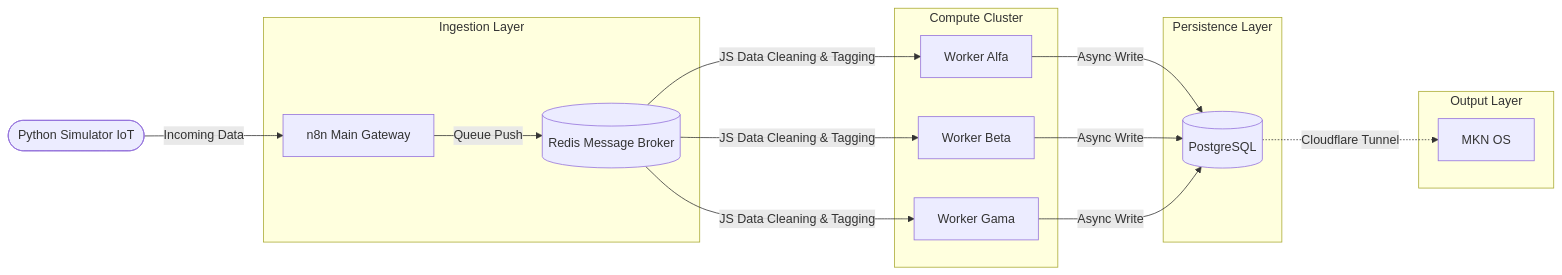
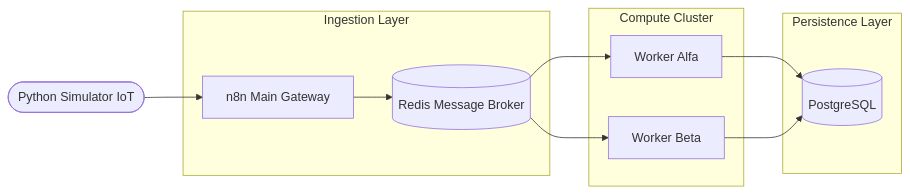
Before and after one commit to IGabrielMolina/IGabrielMolina: the second of 2 diagrams in README.md, drawn with Mermaid. The commit also changed other lines of this file, not shown here.

````diff
--- a/README.md
+++ b/README.md
@@ -104,39 +78,18 @@
 ```mermaid
 flowchart LR
-    %% External Nodes
     IoT([Python Simulator IoT])
-
-    %% Layers
     subgraph Ingestion Layer
         Gateway[n8n Main Gateway]
         Broker[(Redis Message Broker)]
     end
-
     subgraph Compute Cluster
         W_Alfa[Worker Alfa]
         W_Beta[Worker Beta]
-        W_Gama[Worker Gama]
     end
-
     subgraph Persistence Layer
         DB[(PostgreSQL)]
     end
-
-    subgraph Output Layer
-        Dash[MKN OS]
-    end
-
-    %% Flow execution
-    IoT -->|Incoming Data| Gateway
-    Gateway -->|Queue Push| Broker
-
-    Broker -->|JS Data Cleaning & Tagging| W_Alfa
-    Broker -->|JS Data Cleaning & Tagging| W_Beta
-    Broker -->|JS Data Cleaning & Tagging| W_Gama
-
-    W_Alfa -->|Async Write| DB
-    W_Beta -->|Async Write| DB
-    W_Gama -->|Async Write| DB
-
-    DB -.->|Cloudflare Tunnel| Dash
+    IoT --> Gateway --> Broker
+    Broker --> W_Alfa & W_Beta
+    W_Alfa & W_Beta --> DB
 ```
````
